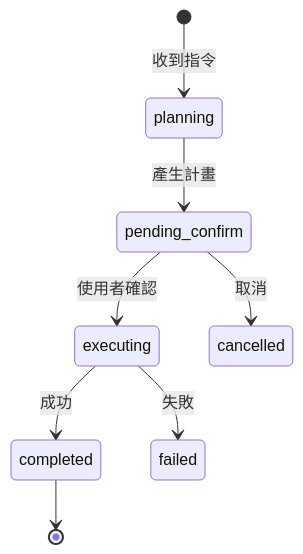
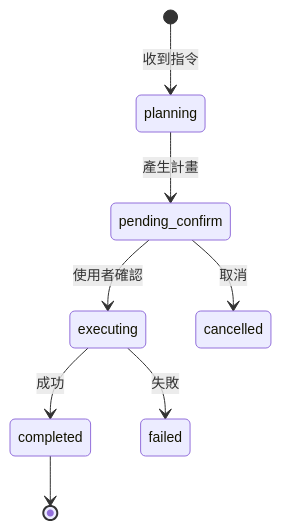
One commit to billwu101/CloudDrive changed the ninth of 10 diagrams in doc/detailed-design.md. Above: the diagram before and after it, drawn with Mermaid. The commit also changed other lines of this file, not shown here.

First line of the commit message:
docs(detailed-design): 統一所有 mermaid 圖表樣式

````diff
--- a/doc/detailed-design.md
+++ b/doc/detailed-design.md
@@ -344,10 +352,11 @@
 ```mermaid
+%%{init: {'theme':'default','themeVariables':{'fontFamily':'Trebuchet MS, Helvetica, Arial, sans-serif','fontSize':'14px','actorFontSize':'14px','messageFontSize':'14px','noteFontSize':'13px'}}}%%
 stateDiagram-v2
   [*] --> planning: 收到指令
   planning --> pending_confirm: 產生計畫
   pending_confirm --> executing: 使用者確認
   pending_confirm --> cancelled: 取消
   executing --> completed: 成功
   executing --> failed: 失敗
   completed --> [*]
 ```
````
